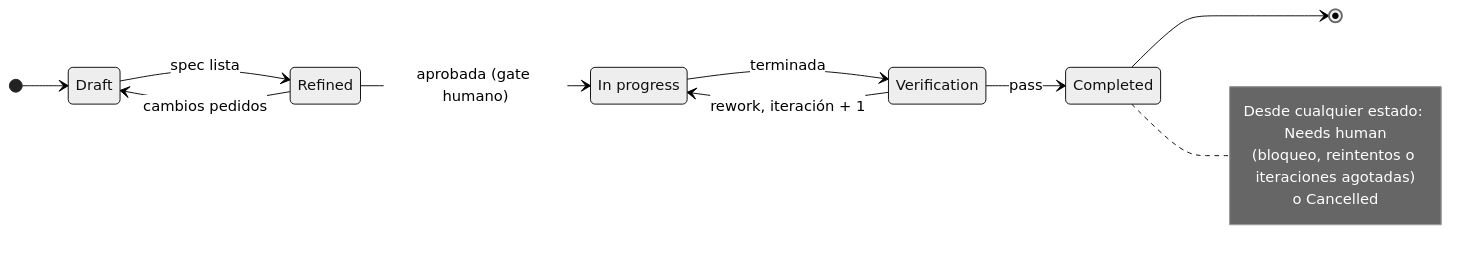
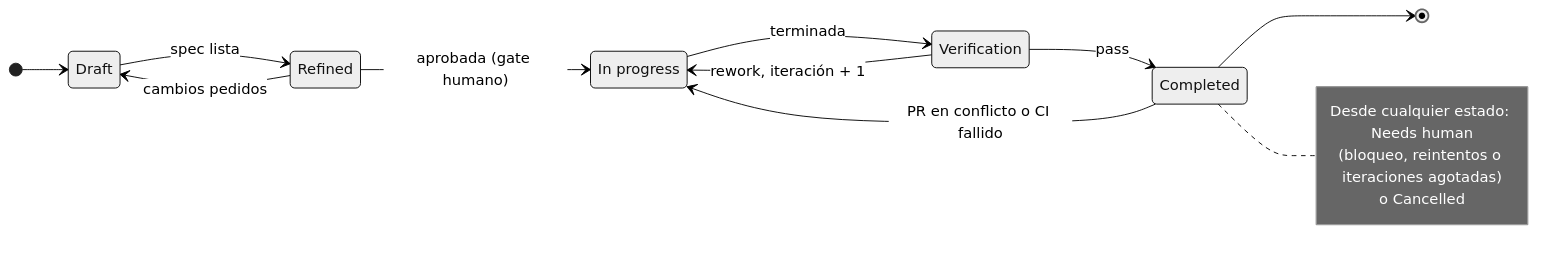
Before and after one commit to sergiowero/lunas-queue: the first of 2 diagrams in docs/design.md, drawn with Mermaid (neutral theme). The commit also changed other lines of this file and 41 other files, not shown here.

````diff
--- a/docs/design.md
+++ b/docs/design.md
@@ -56,18 +56,19 @@
 ```mermaid
 stateDiagram-v2
     direction LR
     [*] --> Draft
     Draft --> Refined: spec lista
     Refined --> Draft: cambios pedidos
     Refined --> InProgress: aprobada (gate humano)
     InProgress --> Verification: terminada
     Verification --> InProgress: rework, iteración + 1
     Verification --> Completed: pass
+    Completed --> InProgress: PR en conflicto o CI fallido
     Completed --> [*]
     InProgress: In progress
     note right of Completed
         Desde cualquier estado: Needs human
         (bloqueo, reintentos o iteraciones agotadas)
         o Cancelled
     end note
 ```
````
